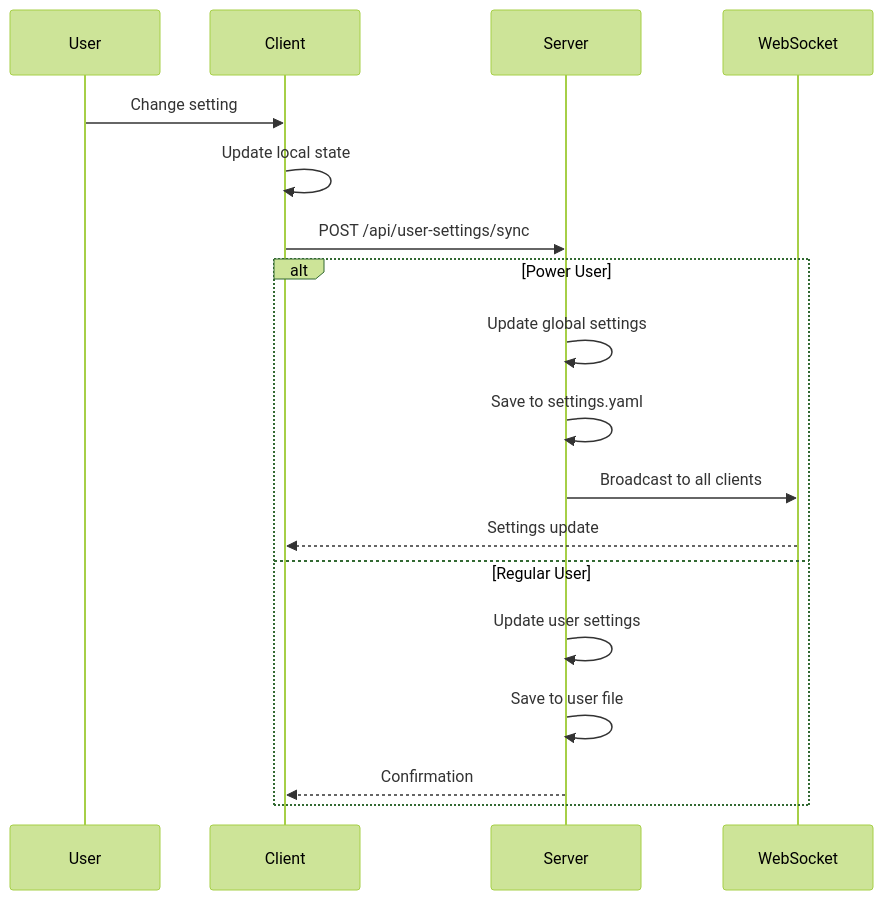
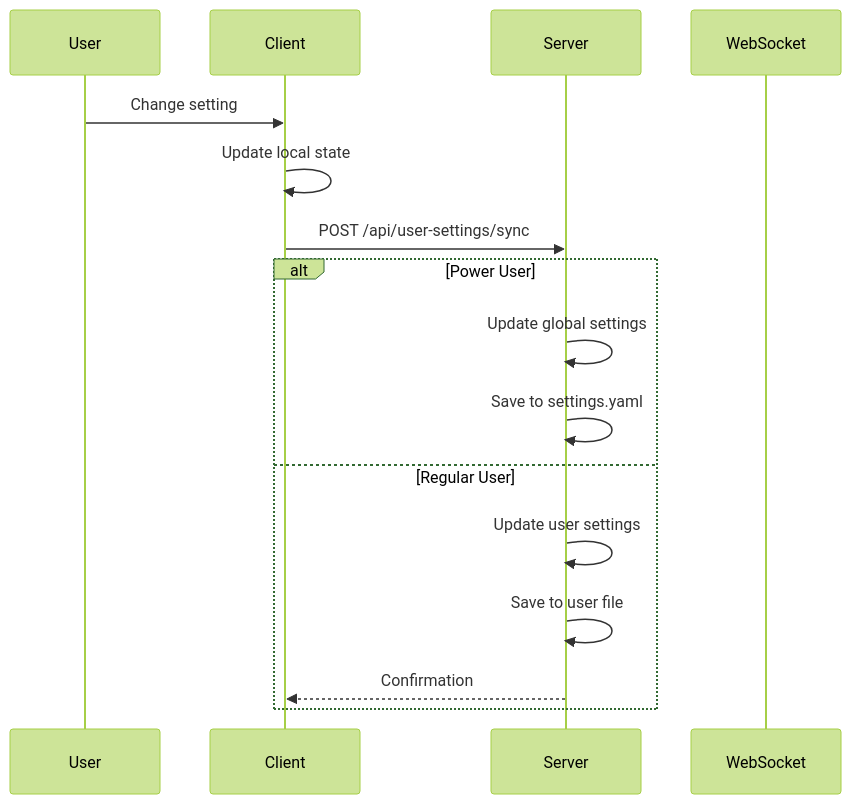
The seventh of 9 diagrams in README.md (DreamLab-AI/VisionFlow), drawn with Mermaid (forest theme) before and after one commit. The commit also changed other lines of this file and 19 other files, not shown here.

````diff
--- a/README.md
+++ b/README.md
@@ -396,22 +414,20 @@
 ```mermaid
 sequenceDiagram
     participant User as User
     participant Client as Client
     participant Server as Server
     participant WS as WebSocket
 
     User->>Client: Change setting
     Client->>Client: Update local state
     Client->>Server: POST /api/user-settings/sync
     
     alt Power User
         Server->>Server: Update global settings
         Server->>Server: Save to settings.yaml
-        Server->>WS: Broadcast to all clients
-        WS-->>Client: Settings update
     else Regular User
         Server->>Server: Update user settings
         Server->>Server: Save to user file
         Server-->>Client: Confirmation
     end
 ```
````
